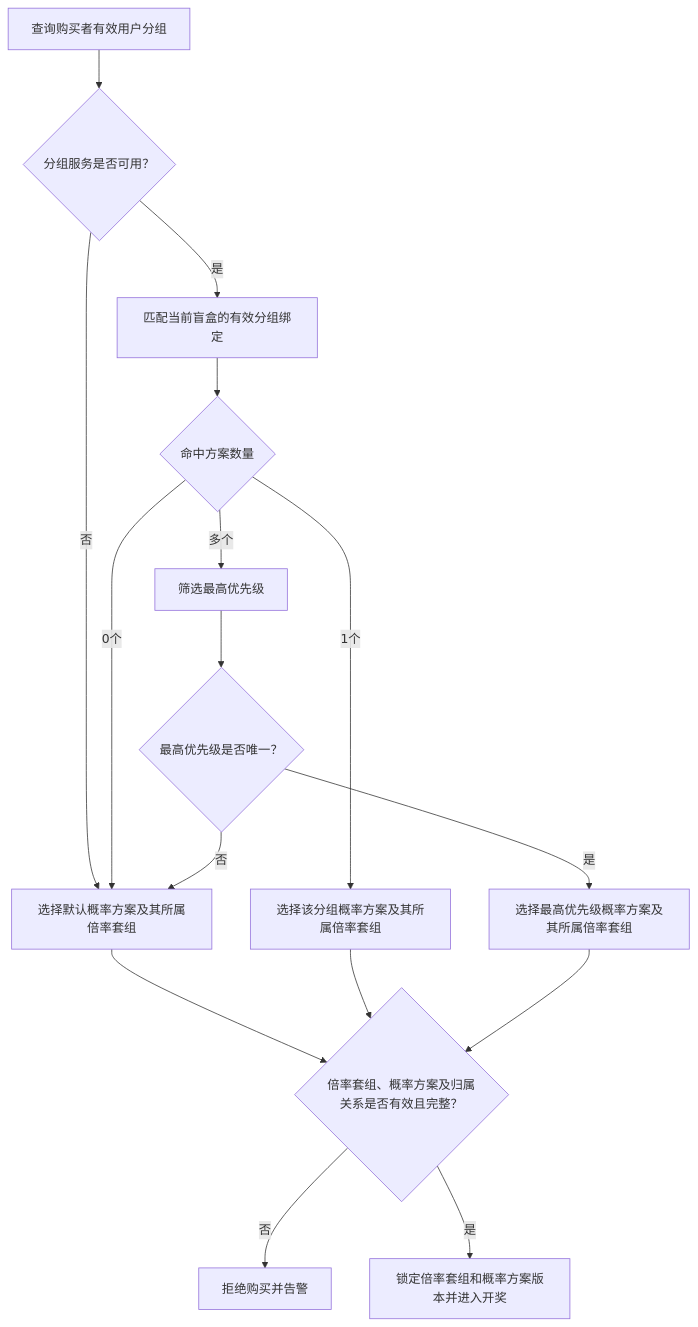
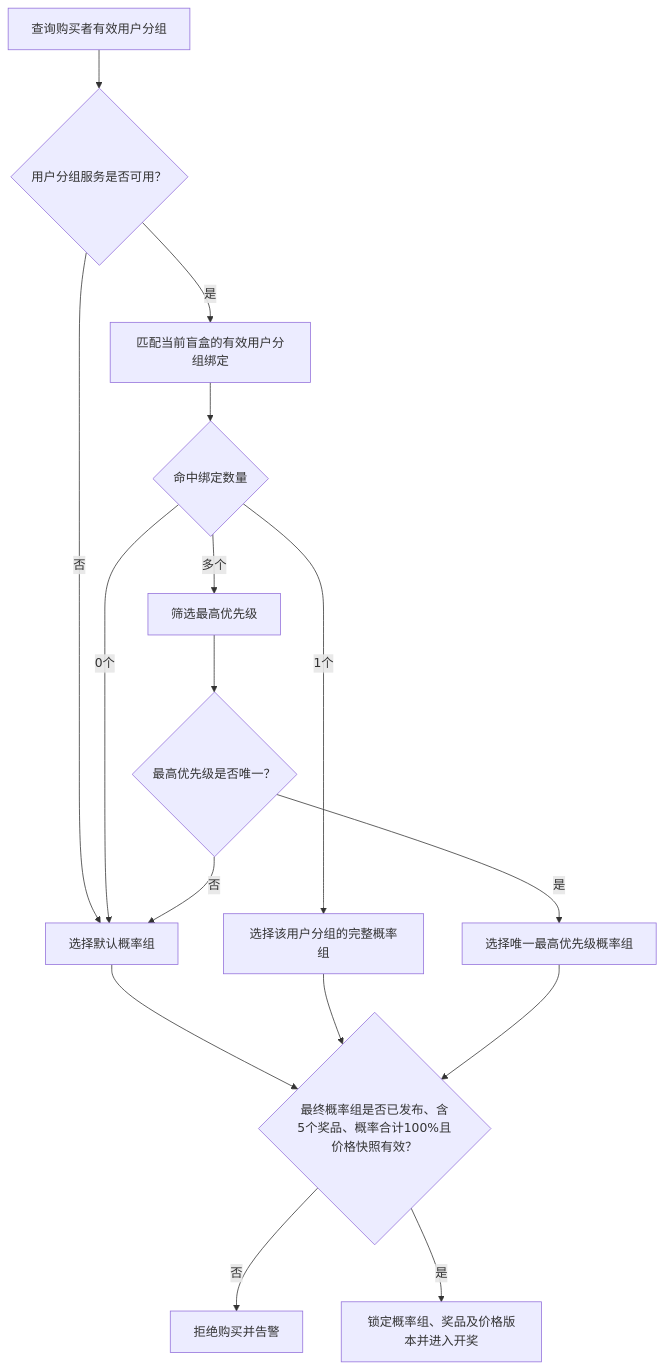
Before and after one commit to lxw13000/sano-pm: the fourth of 5 diagrams in 8月/盲盒礼物产品开发需求文档.md, drawn with Mermaid. The commit also changed other lines of this file and 13 other files, not shown here.

````diff
--- a/8月/盲盒礼物产品开发需求文档.md
+++ b/8月/盲盒礼物产品开发需求文档.md
@@ -253,18 +315,18 @@
 ```mermaid
 flowchart TD
-    A["查询购买者有效用户分组"] --> B{"分组服务是否可用？"}
-    B -- "否" --> C["选择默认概率方案及其所属倍率套组"]
-    B -- "是" --> D["匹配当前盲盒的有效分组绑定"]
-    D --> E{"命中方案数量"}
+    A["查询购买者有效用户分组"] --> B{"用户分组服务是否可用？"}
+    B -- "否" --> C["选择默认概率组"]
+    B -- "是" --> D["匹配当前盲盒的有效用户分组绑定"]
+    D --> E{"命中绑定数量"}
     E -- "0个" --> C
-    E -- "1个" --> F["选择该分组概率方案及其所属倍率套组"]
+    E -- "1个" --> F["选择该用户分组的完整概率组"]
     E -- "多个" --> G["筛选最高优先级"]
     G --> H{"最高优先级是否唯一？"}
     H -- "否" --> C
-    H -- "是" --> I["选择最高优先级概率方案及其所属倍率套组"]
-    C --> J{"倍率套组、概率方案及归属关系是否有效且完整？"}
+    H -- "是" --> I["选择唯一最高优先级概率组"]
+    C --> J{"最终概率组是否已发布、含5个奖品、概率合计100%且价格快照有效？"}
     F --> J
     I --> J
     J -- "否" --> K["拒绝购买并告警"]
-    J -- "是" --> L["锁定倍率套组和概率方案版本并进入开奖"]
+    J -- "是" --> L["锁定概率组、奖品及价格版本并进入开奖"]
 ```
````
